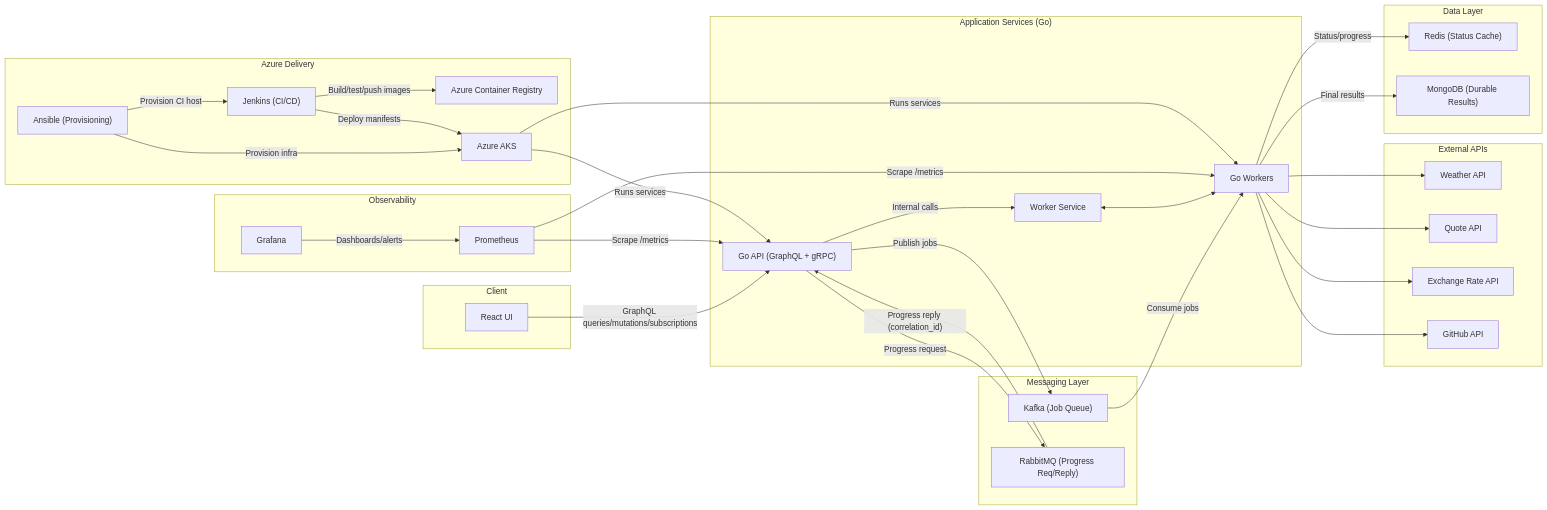
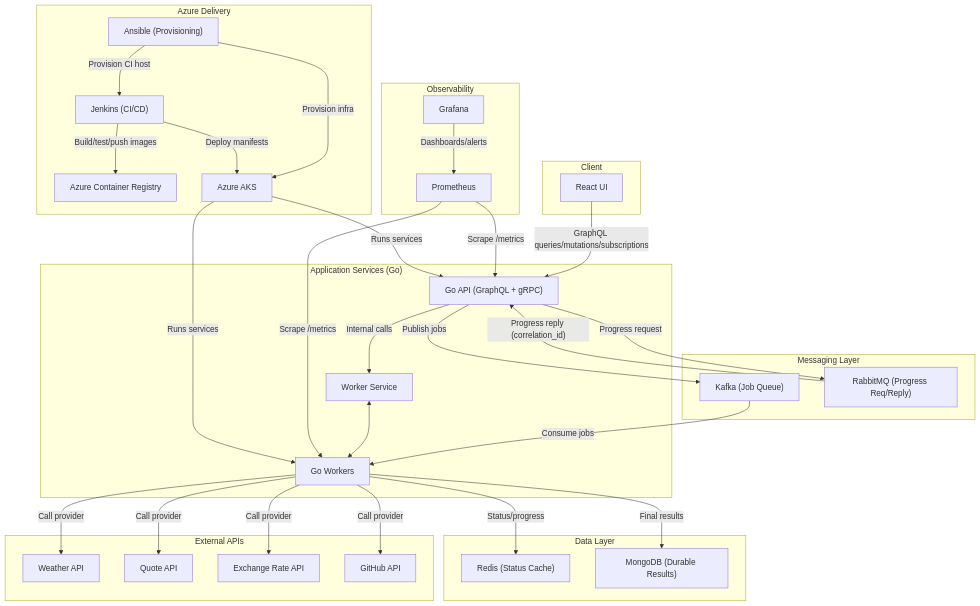
Before and after one commit to sarthak-mallick/Distributed-Task-Queue: the diagram in README.md, drawn with Mermaid.

Commit message:
docs: switch architecture diagram to vertical layout

````diff
--- a/README.md
+++ b/README.md
@@ -5,66 +5,68 @@
 ```mermaid
-flowchart LR
+flowchart TB
     subgraph Client["Client"]
         UI["React UI"]
     end
 
     subgraph App["Application Services (Go)"]
         API["Go API (GraphQL + gRPC)"]
         WSVC["Worker Service"]
         WKR["Go Workers"]
     end
 
     subgraph Messaging["Messaging Layer"]
         KAFKA["Kafka (Job Queue)"]
         RMQ["RabbitMQ (Progress Req/Reply)"]
     end
 
     subgraph Data["Data Layer"]
         REDIS["Redis (Status Cache)"]
         MONGO["MongoDB (Durable Results)"]
     end
 
     subgraph Obs["Observability"]
         PROM["Prometheus"]
         GRAF["Grafana"]
     end
 
     subgraph Cloud["Azure Delivery"]
         ANS["Ansible (Provisioning)"]
         JENK["Jenkins (CI/CD)"]
         ACR["Azure Container Registry"]
         AKS["Azure AKS"]
     end
 
     subgraph Ext["External APIs"]
         WEATHER["Weather API"]
         QUOTE["Quote API"]
         FX["Exchange Rate API"]
         GITHUB["GitHub API"]
     end
 
     UI -->|"GraphQL queries/mutations/subscriptions"| API
+    API -->|"Internal calls"| WSVC
     API -->|"Publish jobs"| KAFKA
     KAFKA -->|"Consume jobs"| WKR
-    API -->|"Internal calls"| WSVC
     WSVC <--> WKR
+
+    WKR -->|"Call provider"| WEATHER
+    WKR -->|"Call provider"| QUOTE
+    WKR -->|"Call provider"| FX
+    WKR -->|"Call provider"| GITHUB
+
     API -->|"Progress request"| RMQ
     RMQ -->|"Progress reply (correlation_id)"| API
     WKR -->|"Status/progress"| REDIS
     WKR -->|"Final results"| MONGO
-    WKR --> WEATHER
-    WKR --> QUOTE
-    WKR --> FX
-    WKR --> GITHUB
 
     PROM -->|"Scrape /metrics"| API
     PROM -->|"Scrape /metrics"| WKR
     GRAF -->|"Dashboards/alerts"| PROM
 
     ANS -->|"Provision infra"| AKS
     ANS -->|"Provision CI host"| JENK
     JENK -->|"Build/test/push images"| ACR
     JENK -->|"Deploy manifests"| AKS
     AKS -->|"Runs services"| API
     AKS -->|"Runs services"| WKR
 ```
````
